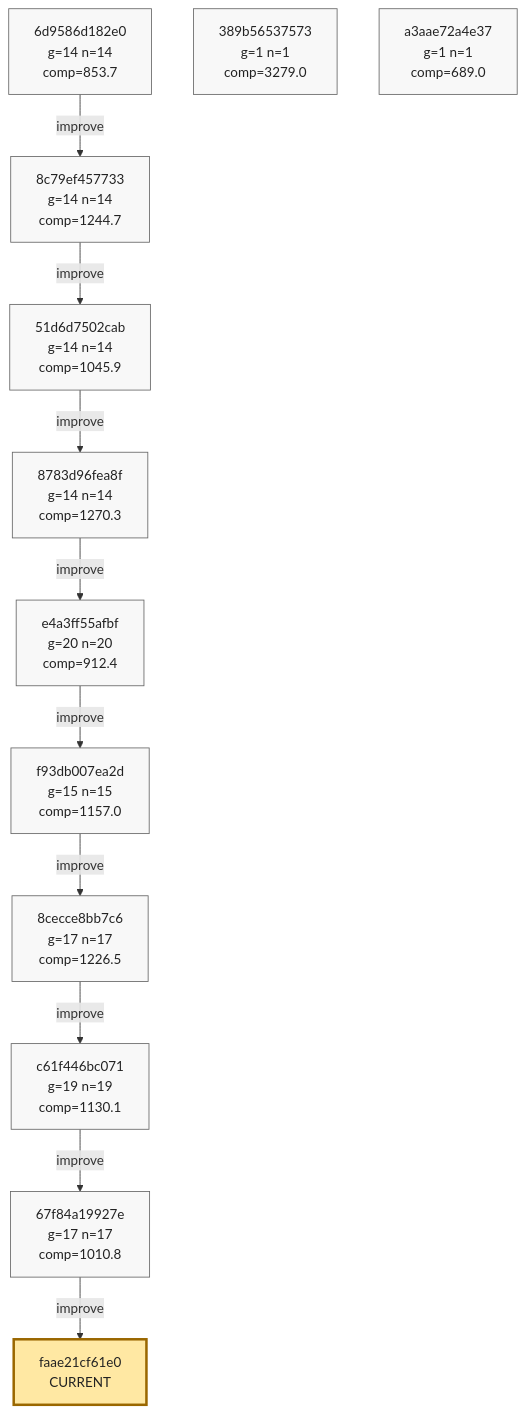
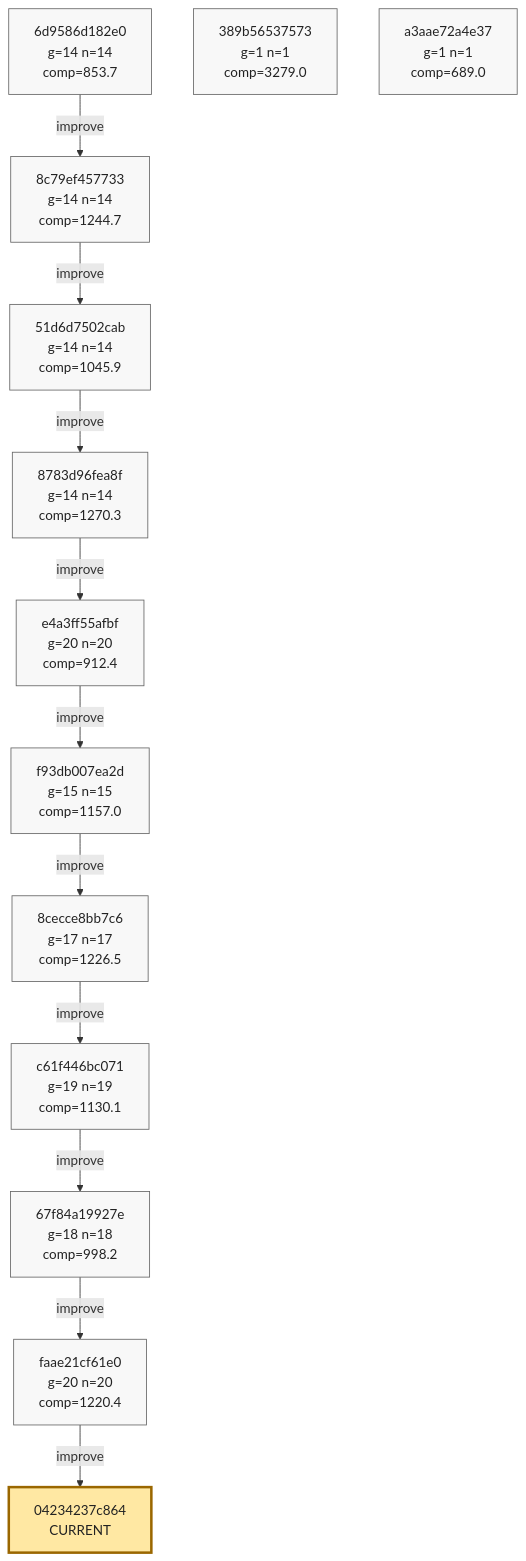
Before and after one commit to azumag/soviet_now: the eighth of 8 diagrams in phyrogenetic-tree.md, drawn with Mermaid. The commit also changed other lines of this file and 2 other files, not shown here.

Commit message:
eloop Improve after 12 games (scores: 1458 947 1005 1065 1517 789 1595 1057 1565 1417 1979 1688)

````diff
--- a/phyrogenetic-tree.md
+++ b/phyrogenetic-tree.md
@@ -1942,43 +1937,46 @@
 ```mermaid
 flowchart TD
     h_6d9586d182e0["6d9586d182e0<br/>g=14 n=14<br/>comp=853.7"]
     h_8c79ef457733["8c79ef457733<br/>g=14 n=14<br/>comp=1244.7"]
     h_51d6d7502cab["51d6d7502cab<br/>g=14 n=14<br/>comp=1045.9"]
     h_8783d96fea8f["8783d96fea8f<br/>g=14 n=14<br/>comp=1270.3"]
     h_e4a3ff55afbf["e4a3ff55afbf<br/>g=20 n=20<br/>comp=912.4"]
     h_f93db007ea2d["f93db007ea2d<br/>g=15 n=15<br/>comp=1157.0"]
     h_8cecce8bb7c6["8cecce8bb7c6<br/>g=17 n=17<br/>comp=1226.5"]
     h_c61f446bc071["c61f446bc071<br/>g=19 n=19<br/>comp=1130.1"]
-    h_67f84a19927e["67f84a19927e<br/>g=17 n=17<br/>comp=1010.8"]
+    h_67f84a19927e["67f84a19927e<br/>g=18 n=18<br/>comp=998.2"]
+    h_faae21cf61e0["faae21cf61e0<br/>g=20 n=20<br/>comp=1220.4"]
     h_389b56537573["389b56537573<br/>g=1 n=1<br/>comp=3279.0"]
     h_a3aae72a4e37["a3aae72a4e37<br/>g=1 n=1<br/>comp=689.0"]
-    h_faae21cf61e0["faae21cf61e0<br/>CURRENT"]
+    h_04234237c864["04234237c864<br/>CURRENT"]
 
     h_6d9586d182e0 -->|improve| h_8c79ef457733
     h_8c79ef457733 -->|improve| h_51d6d7502cab
     h_51d6d7502cab -->|improve| h_8783d96fea8f
     h_8783d96fea8f -->|improve| h_e4a3ff55afbf
     h_e4a3ff55afbf -->|improve| h_f93db007ea2d
     h_f93db007ea2d -->|improve| h_8cecce8bb7c6
     h_8cecce8bb7c6 -->|improve| h_c61f446bc071
     h_c61f446bc071 -->|improve| h_67f84a19927e
     h_67f84a19927e -->|improve| h_faae21cf61e0
+    h_faae21cf61e0 -->|improve| h_04234237c864
 
     classDef plain fill:#f8f8f8,stroke:#666,stroke-width:1px,color:#222;
     classDef current fill:#ffe8a3,stroke:#9a6700,stroke-width:3px,color:#222;
     classDef anchor fill:#d7f5dd,stroke:#1f6f43,stroke-width:3px,color:#222;
     classDef current_anchor fill:#f3e4a8,stroke:#1f6f43,stroke-width:4px,color:#222;
 
     class h_6d9586d182e0 plain;
     class h_8c79ef457733 plain;
     class h_51d6d7502cab plain;
     class h_8783d96fea8f plain;
     class h_e4a3ff55afbf plain;
     class h_f93db007ea2d plain;
     class h_8cecce8bb7c6 plain;
     class h_c61f446bc071 plain;
     class h_67f84a19927e plain;
+    class h_faae21cf61e0 plain;
     class h_389b56537573 plain;
     class h_a3aae72a4e37 plain;
-    class h_faae21cf61e0 current;
+    class h_04234237c864 current;
 ```
````
